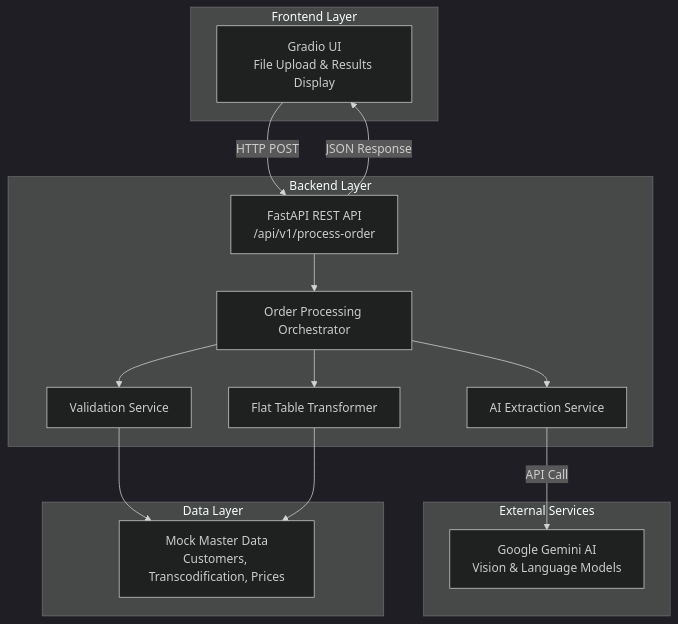
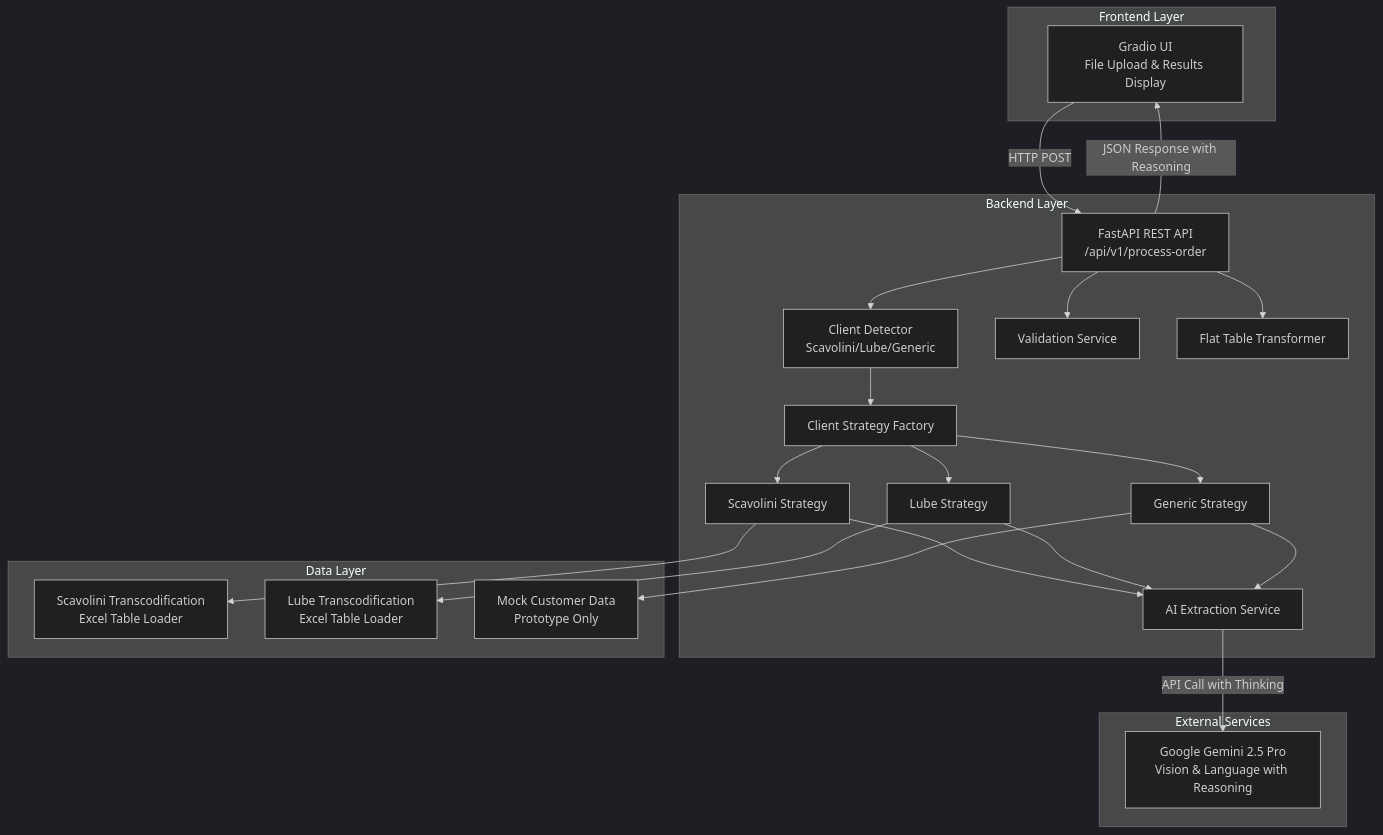
One commit to huware-org/hw-fstprt-simeg-orderentry-dc-tai changed the first of 2 diagrams in .kiro/specs/simeg-order-entry-prototype/design.md. Above: the diagram before and after it, drawn with Mermaid (dark theme). The commit also changed other lines of this file, not shown here.

````diff
--- a/.kiro/specs/simeg-order-entry-prototype/design.md
+++ b/.kiro/specs/simeg-order-entry-prototype/design.md
@@ -42,32 +42,45 @@
 ```mermaid
 graph TB
     subgraph "Frontend Layer"
         UI[Gradio UI<br/>File Upload & Results Display]
     end
     
     subgraph "Backend Layer"
         API[FastAPI REST API<br/>/api/v1/process-order]
-        Orchestrator[Order Processing Orchestrator]
+        Detector[Client Detector<br/>Scavolini/Lube/Generic]
+        Strategy[Client Strategy Factory]
+        ScavStrategy[Scavolini Strategy]
+        LubeStrategy[Lube Strategy]
+        GenStrategy[Generic Strategy]
         Extractor[AI Extraction Service]
         Validator[Validation Service]
         Transformer[Flat Table Transformer]
     end
     
     subgraph "External Services"
-        Gemini[Google Gemini AI<br/>Vision & Language Models]
+        Gemini[Google Gemini 2.5 Pro<br/>Vision & Language with Reasoning]
     end
     
     subgraph "Data Layer"
-        MockData[Mock Master Data<br/>Customers, Transcodification, Prices]
+        ScavTable[Scavolini Transcodification<br/>Excel Table Loader]
+        LubeTable[Lube Transcodification<br/>Excel Table Loader]
+        MockData[Mock Customer Data<br/>Prototype Only]
     end
     
     UI -->|HTTP POST| API
-    API --> Orchestrator
-    Orchestrator --> Extractor
-    Orchestrator --> Validator
-    Orchestrator --> Transformer
-    Extractor -->|API Call| Gemini
-    Validator --> MockData
-    Transformer --> MockData
-    API -->|JSON Response| UI
+    API --> Detector
+    Detector --> Strategy
+    Strategy --> ScavStrategy
+    Strategy --> LubeStrategy
+    Strategy --> GenStrategy
+    ScavStrategy --> Extractor
+    LubeStrategy --> Extractor
+    GenStrategy --> Extractor
+    Extractor -->|API Call with Thinking| Gemini
+    ScavStrategy --> ScavTable
+    LubeStrategy --> LubeTable
+    GenStrategy --> MockData
+    API --> Validator
+    API --> Transformer
+    API -->|JSON Response with Reasoning| UI
 ```
````
